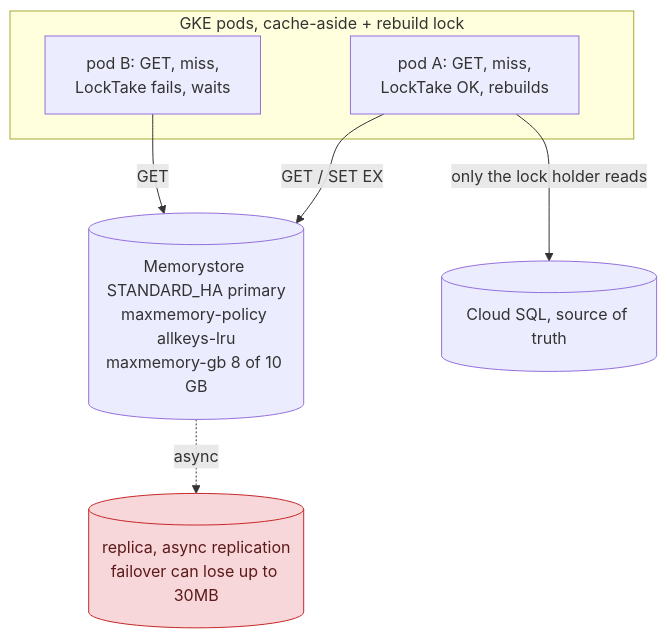
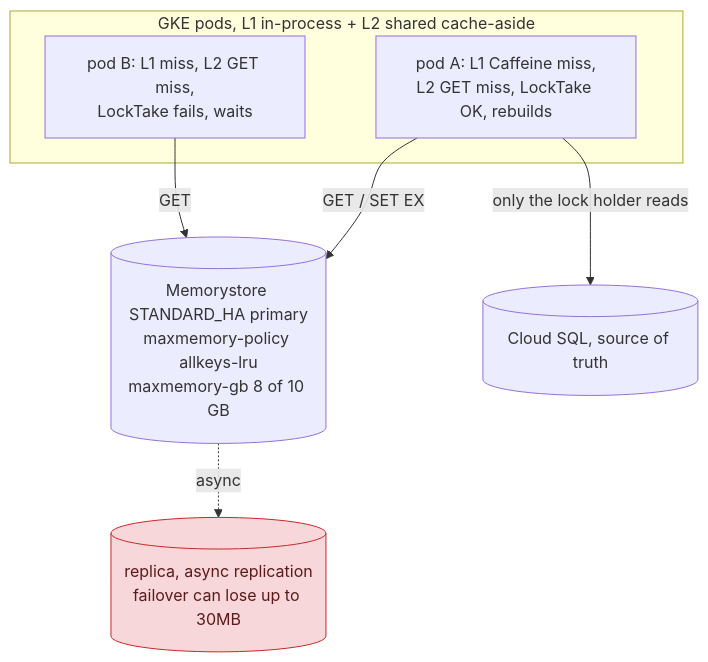
One commit to mayurjp/dev-blog changed the fourth of 4 diagrams in _posts/2025-12-05-caching-strategies-ttl-and-eviction.md. Above: the diagram before and after it, drawn with Mermaid. The commit also changed other lines of this file, not shown here.

Commit message:
Deepen caching post: sampling clean example, Caffeine coalescing, alert expressions

````diff
--- a/_posts/2025-12-05-caching-strategies-ttl-and-eviction.md
+++ b/_posts/2025-12-05-caching-strategies-ttl-and-eviction.md
@@ -257,18 +291,18 @@
 ```mermaid
 flowchart TD
-    subgraph APP["GKE pods, cache-aside + rebuild lock"]
-        P1["pod A: GET, miss,<br/>LockTake OK, rebuilds"]
-        P2["pod B: GET, miss,<br/>LockTake fails, waits"]
+    subgraph APP["GKE pods, L1 in-process + L2 shared cache-aside"]
+        P1["pod A: L1 Caffeine miss,<br/>L2 GET miss, LockTake OK, rebuilds"]
+        P2["pod B: L1 miss, L2 GET miss,<br/>LockTake fails, waits"]
     end
     MS[("Memorystore STANDARD_HA primary<br/>maxmemory-policy allkeys-lru<br/>maxmemory-gb 8 of 10 GB")]
     REP[("replica, async replication<br/>failover can lose up to 30MB")]
     DB[("Cloud SQL, source of truth")]
 
     P1 -->|"GET / SET EX"| MS
     P2 -->|"GET"| MS
     P1 -->|"only the lock holder reads"| DB
     MS -.->|"async"| REP
 
     classDef risk fill:#f8d7da,stroke:#c62828,color:#5c1a1a;
     class REP risk;
 ```
````
